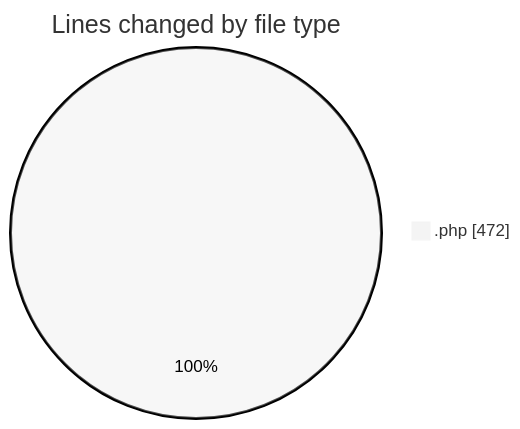
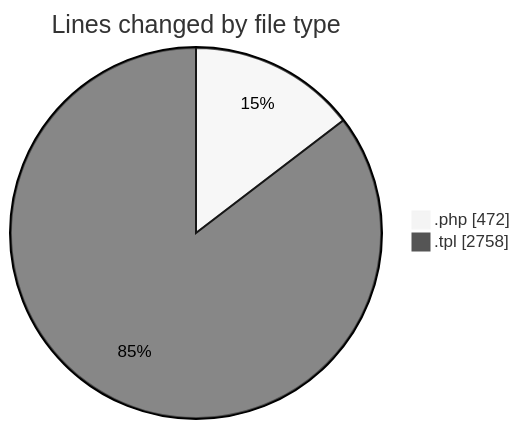
Before and after one commit to vahidmafi/code-tracking: the first of 2 diagrams in 2025-06-03/shop/README.md, drawn with Mermaid (neutral theme). The commit also changed other lines of this file and 1 other file, not shown here.

````diff
--- a/2025-06-03/shop/README.md
+++ b/2025-06-03/shop/README.md
@@ -20,5 +22,6 @@
 ```mermaid
 pie showData
 title Lines changed by file type
 ".php" : 472
+".tpl" : 2758
 ```
````
